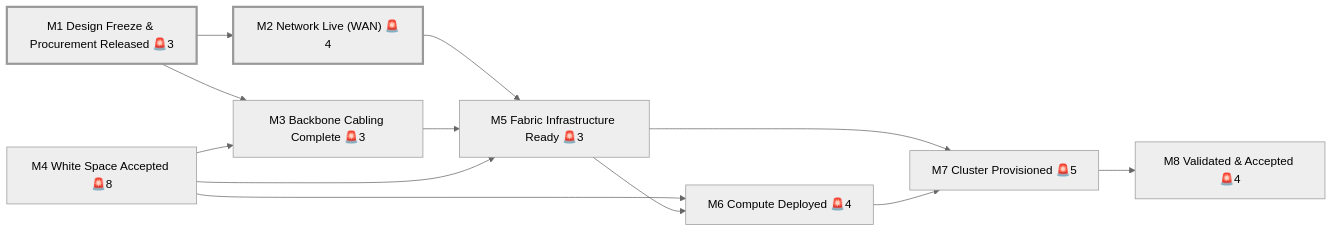
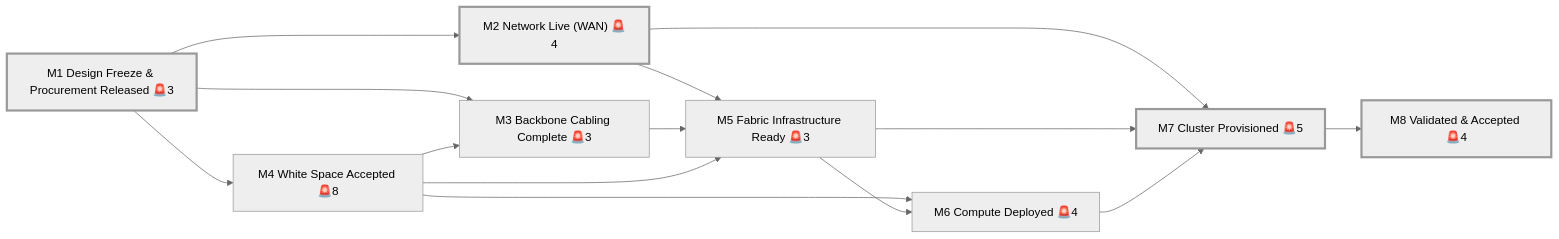
Before and after one commit to kalebseymour444-cyber/program-viewer: the diagram in content/L0-program.md, drawn with Mermaid (neutral theme). The commit also changed other lines of this file and 23 other files, not shown here.

````diff
--- a/content/L0-program.md
+++ b/content/L0-program.md
@@ -26,24 +26,26 @@
 ```mermaid
 graph LR
     M1["M1 Design Freeze & Procurement Released 🚨3"]
     M2["M2 Network Live (WAN) 🚨4"]
     M3["M3 Backbone Cabling Complete 🚨3"]
     M4["M4 White Space Accepted 🚨8"]
     M5["M5 Fabric Infrastructure Ready 🚨3"]
     M6["M6 Compute Deployed 🚨4"]
     M7["M7 Cluster Provisioned 🚨5"]
     M8["M8 Validated & Accepted 🚨4"]
     M1 --> M2
     M1 --> M3
     M4 --> M3
+    M1 --> M4
     M2 --> M5
     M3 --> M5
     M4 --> M5
     M4 --> M6
     M5 --> M6
+    M2 --> M7
     M5 --> M7
     M6 --> M7
     M7 --> M8
     classDef critical stroke-width:3px
-    class M1,M2 critical
+    class M1,M2,M7,M8 critical
 ```
````
